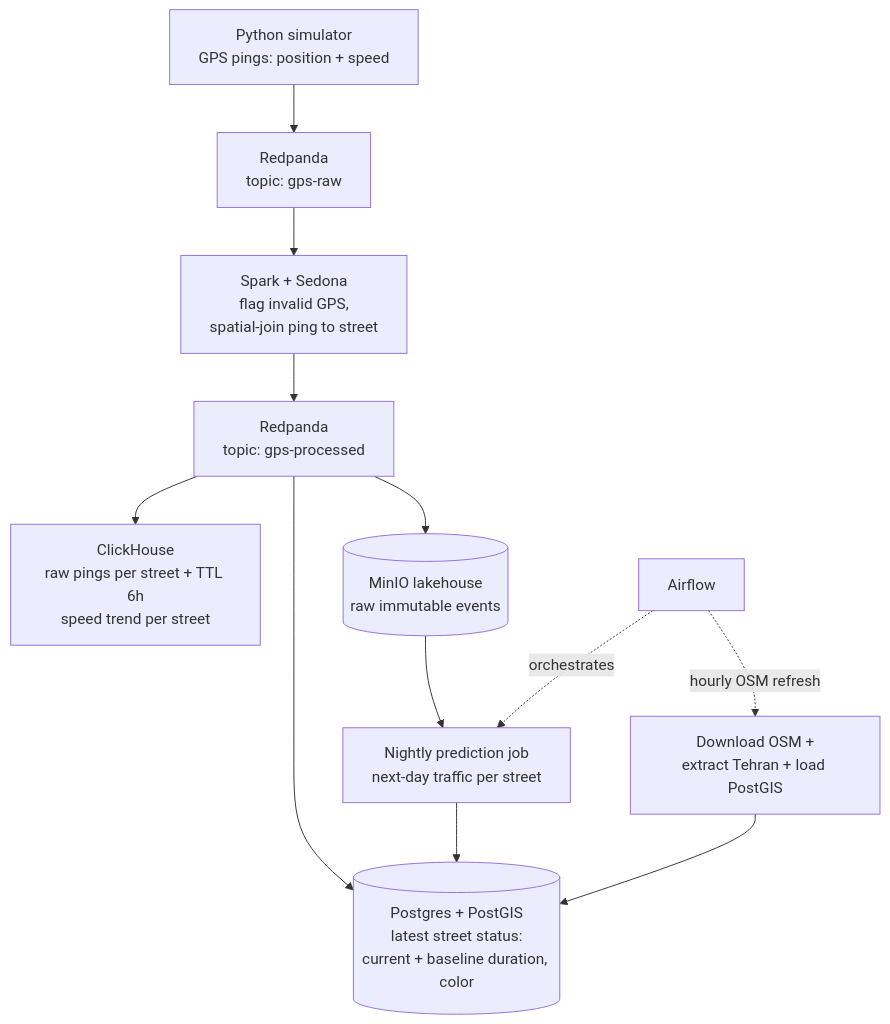
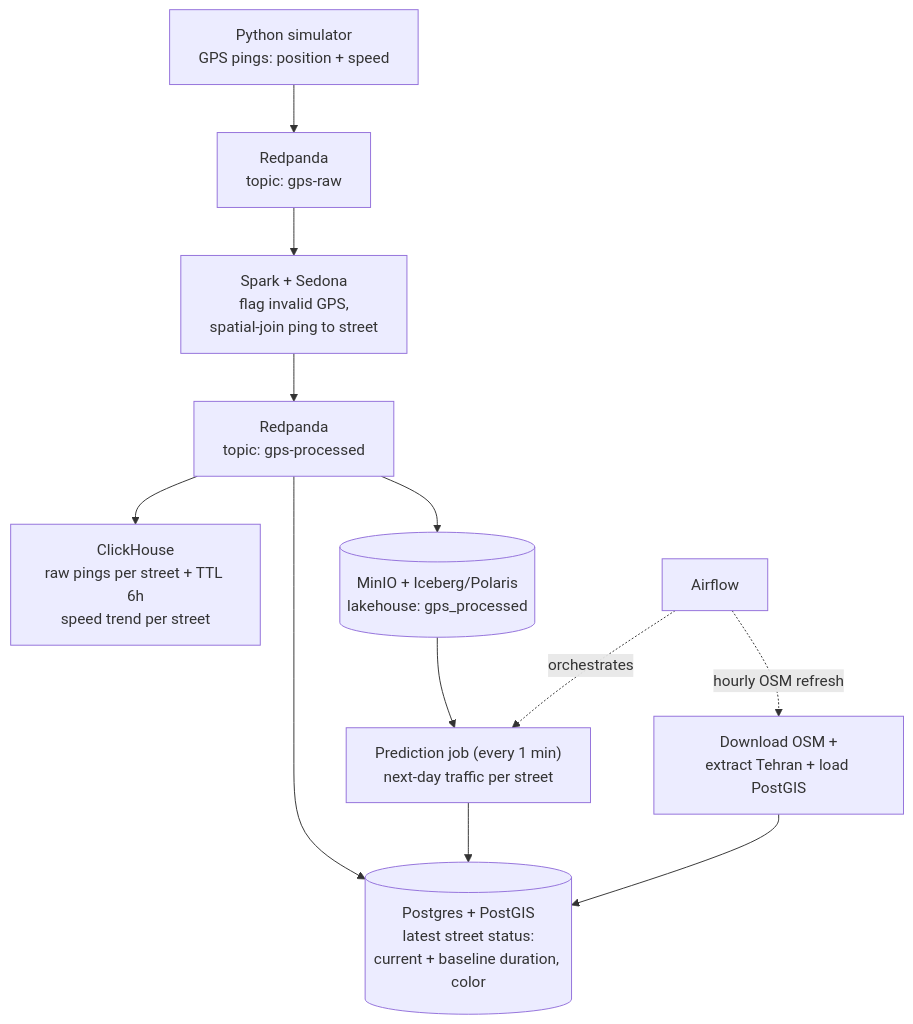
The first of 3 diagrams in README.md (km1368/geostream-maps), drawn with Mermaid before and after one commit. The commit also changed other lines of this file and 9 other files, not shown here.

````diff
--- a/README.md
+++ b/README.md
@@ -19,14 +19,14 @@
 ```mermaid
 flowchart TD
     SIM["Python simulator<br/>GPS pings: position + speed"] --> RAW["Redpanda<br/>topic: gps-raw"]
     RAW --> SP["Spark + Sedona<br/>flag invalid GPS,<br/>spatial-join ping to street"]
     SP --> ENR["Redpanda<br/>topic: gps-processed"]
     ENR --> PG[("Postgres + PostGIS<br/>latest street status:<br/>current + baseline duration, color")]
     ENR --> CH["ClickHouse<br/>raw pings per street + TTL 6h<br/>speed trend per street"]
-    ENR --> S3[("MinIO lakehouse<br/>raw immutable events")]
-    S3 --> PRED["Nightly prediction job<br/>next-day traffic per street"]
+    ENR --> S3[("MinIO + Iceberg/Polaris<br/>lakehouse: gps_processed")]
+    S3 --> PRED["Prediction job (every 1 min)<br/>next-day traffic per street"]
     PRED --> PG
     AF["Airflow"] -.->|"orchestrates"| PRED
     AF -.->|"hourly OSM refresh"| OSM["Download OSM +<br/>extract Tehran + load PostGIS"]
     OSM --> PG
 ```
````
